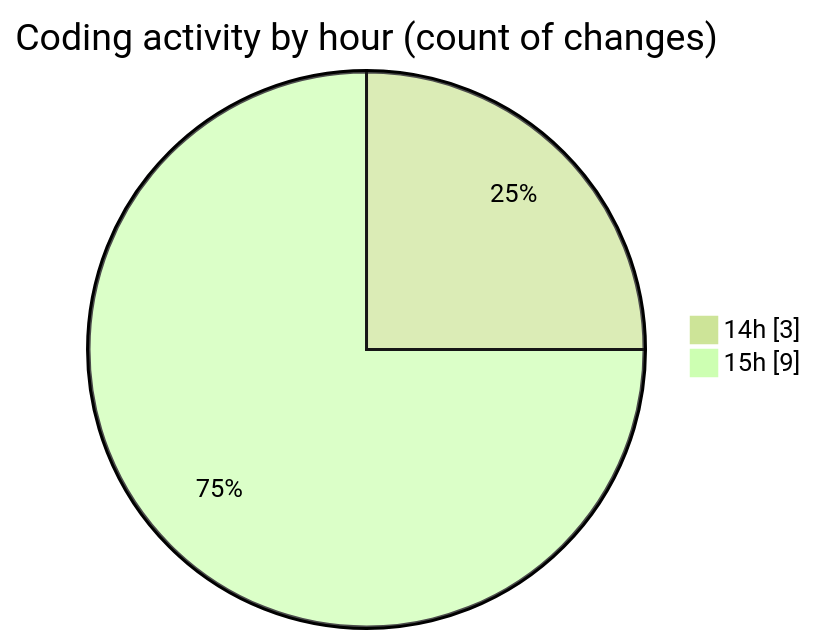
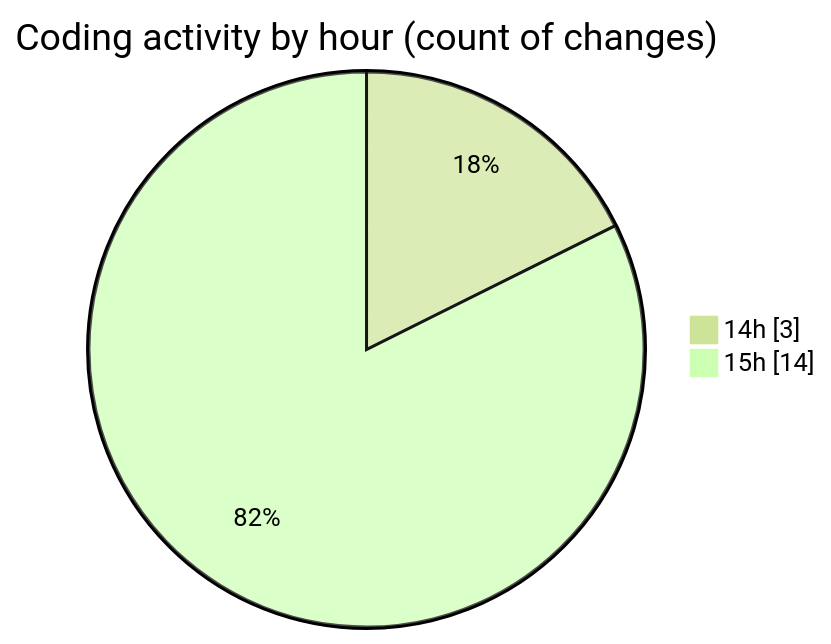
One commit to debugP/code-tracking changed the second of 2 diagrams in 2025-10-02/untitled__workspace_/README.md. Above: the diagram before and after it, drawn with Mermaid (forest theme). The commit also changed other lines of this file and 1 other file, not shown here.

````diff
--- a/2025-10-02/untitled__workspace_/README.md
+++ b/2025-10-02/untitled__workspace_/README.md
@@ -28,6 +28,6 @@
 ```mermaid
 pie showData
 title Coding activity by hour (count of changes)
 "14h" : 3
-"15h" : 9
+"15h" : 14
 ```
````
